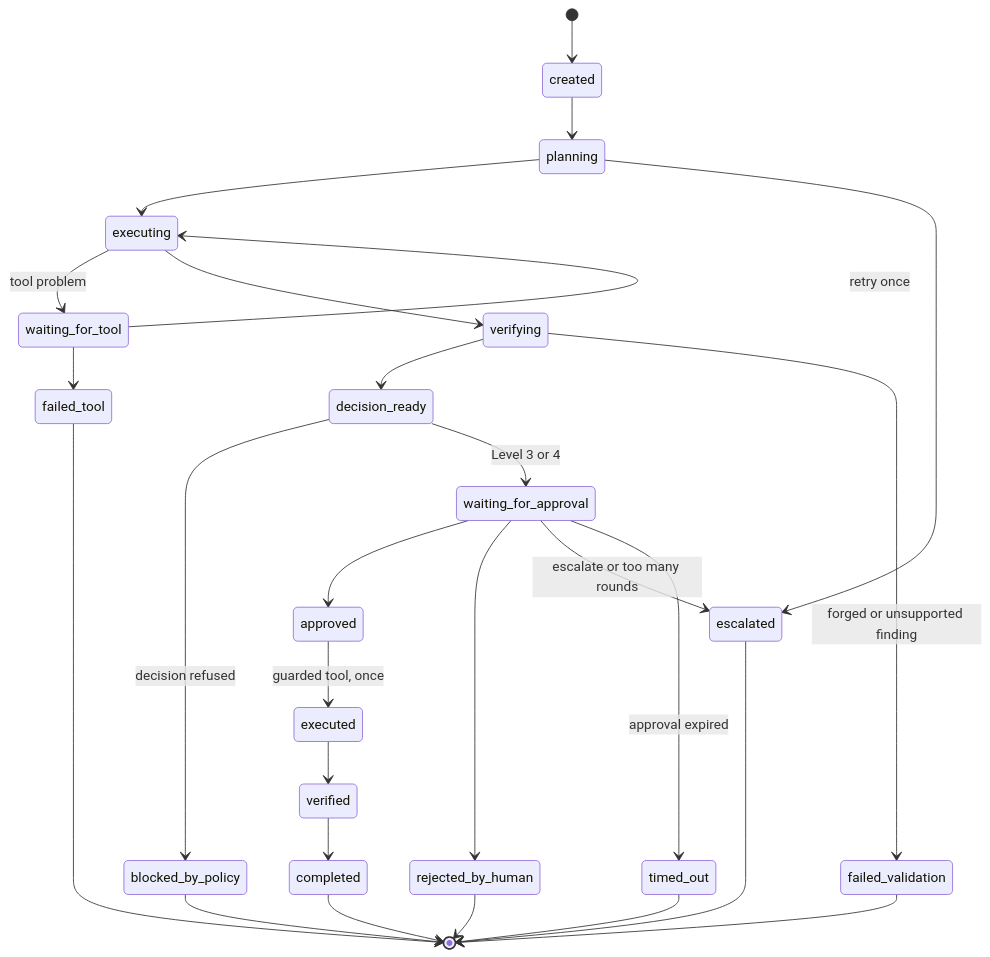
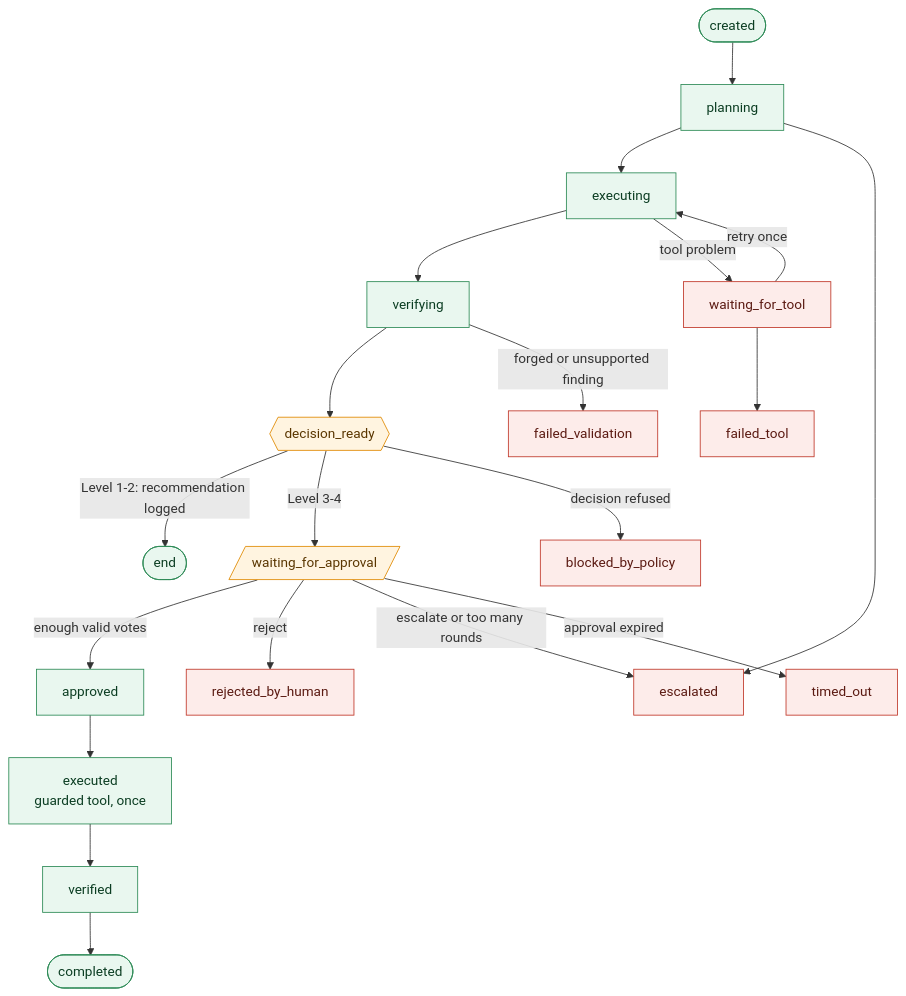
One commit to mk-2007/Agentic-Banking changed the third of 6 diagrams in README.md. Above: the diagram before and after it, drawn with Mermaid. The commit also changed other lines of this file, not shown here.

Commit message:
docs(readme): clearer architecture, state and gate diagrams; decision providers section (#46)

````diff
--- a/README.md
+++ b/README.md
@@ -185,29 +189,24 @@
 ```mermaid
-stateDiagram-v2
-    [*] --> created
-    created --> planning
-    planning --> executing
+flowchart TB
+    created([created]) --> planning --> executing --> verifying --> ready{{decision_ready}}
+    ready -->|"Level 1-2: recommendation logged"| done1([end])
+    ready -->|"Level 3-4"| wait[/waiting_for_approval/]
+    wait -->|"enough valid votes"| approved --> executed["executed<br/>guarded tool, once"] --> verified --> completed([completed])
+
+    executing -->|"tool problem"| wft[waiting_for_tool]
+    wft -->|"retry once"| executing
+    wft --> failed_tool
     planning --> escalated
-    executing --> waiting_for_tool: tool problem
-    waiting_for_tool --> executing: retry once
-    waiting_for_tool --> failed_tool
-    executing --> verifying
-    verifying --> decision_ready
-    verifying --> failed_validation: forged or unsupported finding
-    decision_ready --> blocked_by_policy: decision refused
-    decision_ready --> waiting_for_approval: Level 3 or 4
-    waiting_for_approval --> approved
-    waiting_for_approval --> rejected_by_human
-    waiting_for_approval --> escalated: escalate or too many rounds
-    waiting_for_approval --> timed_out: approval expired
-    approved --> executed: guarded tool, once
-    executed --> verified
-    verified --> completed
-    completed --> [*]
-    failed_tool --> [*]
-    failed_validation --> [*]
-    blocked_by_policy --> [*]
-    rejected_by_human --> [*]
-    escalated --> [*]
-    timed_out --> [*]
+    verifying -->|"forged or unsupported finding"| failed_validation
+    ready -->|"decision refused"| blocked_by_policy
+    wait -->|"reject"| rejected_by_human
+    wait -->|"escalate or too many rounds"| escalated
+    wait -->|"approval expired"| timed_out
+
+    classDef happy fill:#e9f7ef,stroke:#2e8b57,color:#0b3d22
+    classDef human fill:#fff4e0,stroke:#e08a00,color:#5a3600
+    classDef stop fill:#fdecea,stroke:#c0392b,color:#5b1a12
+    class created,planning,executing,verifying,approved,executed,verified,completed,done1 happy
+    class ready,wait human
+    class wft,failed_tool,failed_validation,blocked_by_policy,rejected_by_human,escalated,timed_out stop
 ```
````
